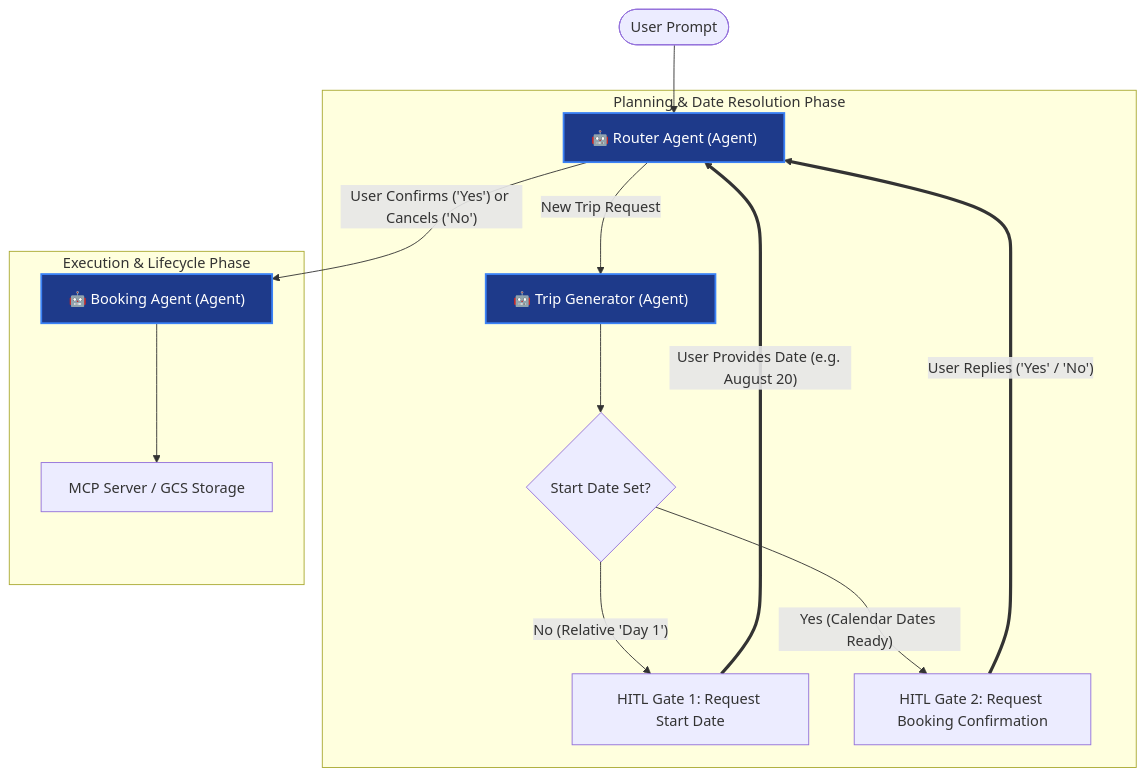
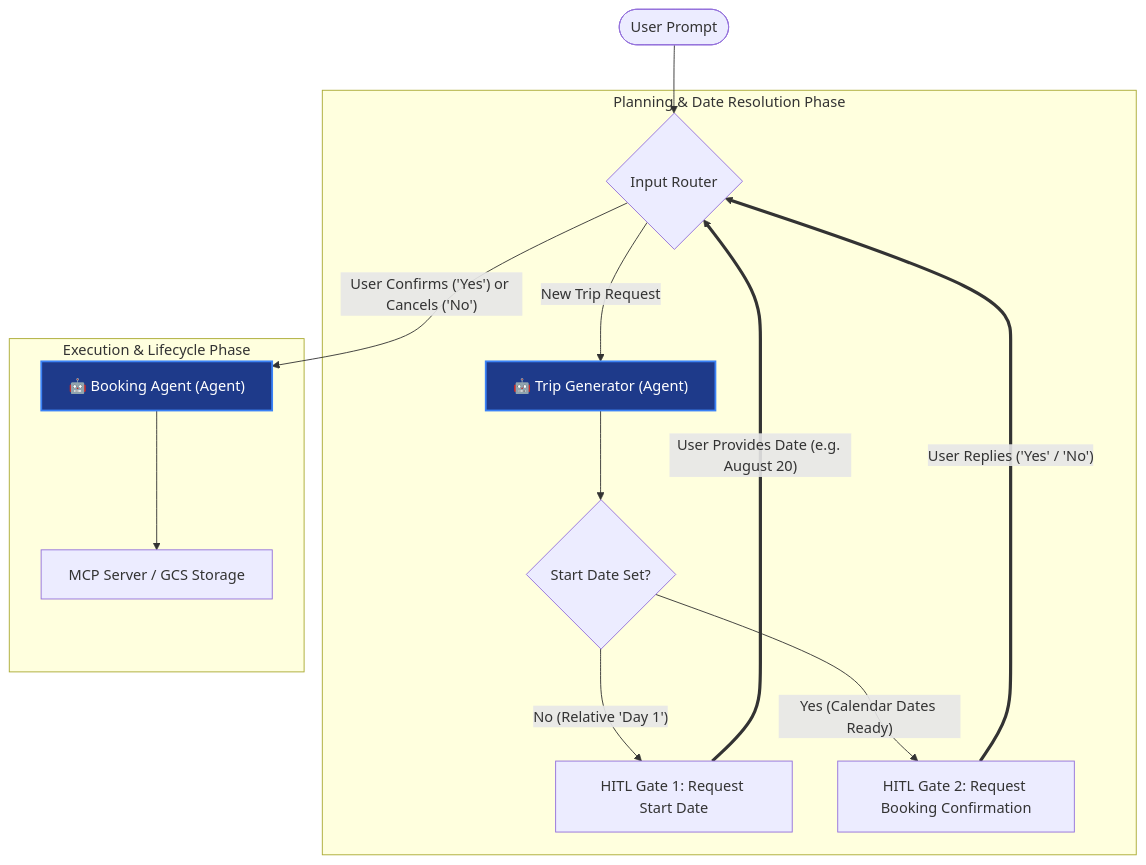
One commit to rtannenbaum/agentic-trip-planner changed the diagram in README.md. Above: the diagram before and after it, drawn with Mermaid. The commit also changed other lines of this file, not shown here.

````diff
--- a/README.md
+++ b/README.md
@@ -86,23 +86,23 @@
 ```mermaid
 graph TD
-    User([User Prompt]) --> Router["🤖 Router Agent (Agent)"]:::agentStyle
+    User([User Prompt]) --> Router{Input Router}
     
     subgraph Planning & Date Resolution Phase
         Router -- "New Trip Request" --> TripGen["🤖 Trip Generator (Agent)"]:::agentStyle
         TripGen --> DateGate{Start Date Set?}
         
         DateGate -- "No (Relative 'Day 1')" --> Gate1["HITL Gate 1: Request Start Date"]
         DateGate -- "Yes (Calendar Dates Ready)" --> Gate2["HITL Gate 2: Request Booking Confirmation"]
     end
     
     subgraph Execution & Lifecycle Phase
         Router -- "User Confirms ('Yes') or Cancels ('No')" --> BookAgent["🤖 Booking Agent (Agent)"]:::agentStyle
         
         BookAgent --> MCP[MCP Server / GCS Storage]
     end
     
     Gate1 == "User Provides Date (e.g. August 20)" ==> Router
     Gate2 == "User Replies ('Yes' / 'No')" ==> Router
 
     classDef agentStyle fill:#1e3a8a,stroke:#3b82f6,color:#ffffff,stroke-width:2px;
 ```
````
